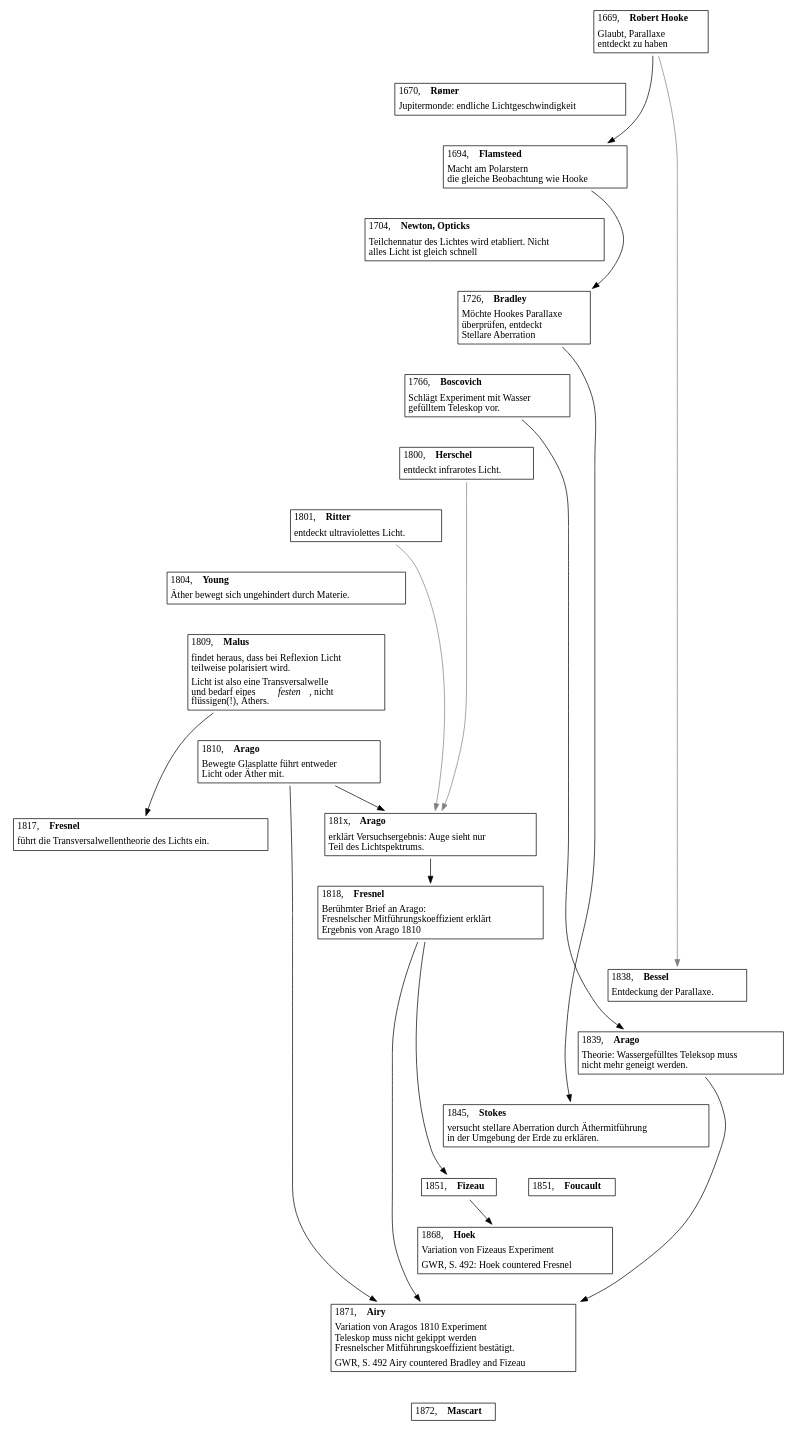
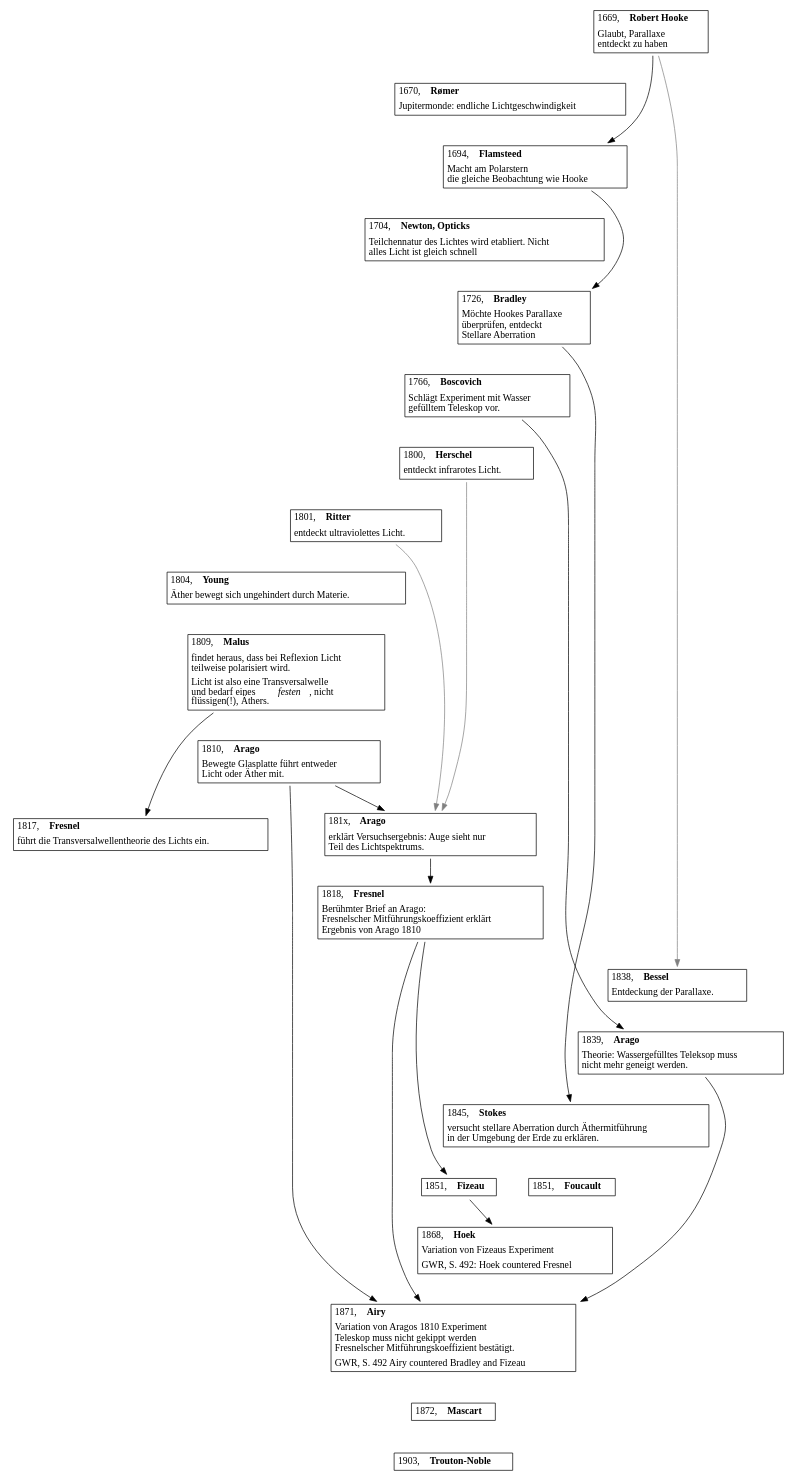
The diagram in Ablauf.dot (ReneNyffenegger/Geschichte-der-Wissenschaft), drawn with Graphviz before and after one commit.

Commit message:
Trouton Noble

```diff
--- a/Ablauf.dot
+++ b/Ablauf.dot
@@ -208,6 +208,14 @@
      >
    ];
 
+   j_1903_Trouton_Noble [
+     label = <
+       <table border="1" cellborder="0">
+       <tr><td align="left">1903, <b>Trouton-Noble</b></td></tr>
+       </table>
+     >
+   ];
+
    j_1669_Hooke -> j_1694_Flamsteed-> j_1726_Bradley;
 
    j_1726_Bradley -> j_1845_Stokes;
@@ -227,7 +235,7 @@
 
    j_1669_Hooke -> j_1670_Roemer -> j_1694_Flamsteed -> j_1704_Newton -> j_1726_Bradley -> j_1766_Boscovitch -> j_1800_Herschel -> j_1801_Ritter -> j_1804_Young -> j_1809_Malus ->
    j_1810_Arago-> j_1817_Fresnel -> j_1818_Fresnel -> j_1838_Bessel -> j_1839_Arago -> j_1845_Stokes -> j_1851_Foucault -> j_1868_Hoek -> j_1871_Airy ->
-   j_1872_Mascart [style=invisible arrowhead=none];
+   j_1872_Mascart -> j_1903_Trouton_Noble [style=invisible arrowhead=none];
 
 
 
```
